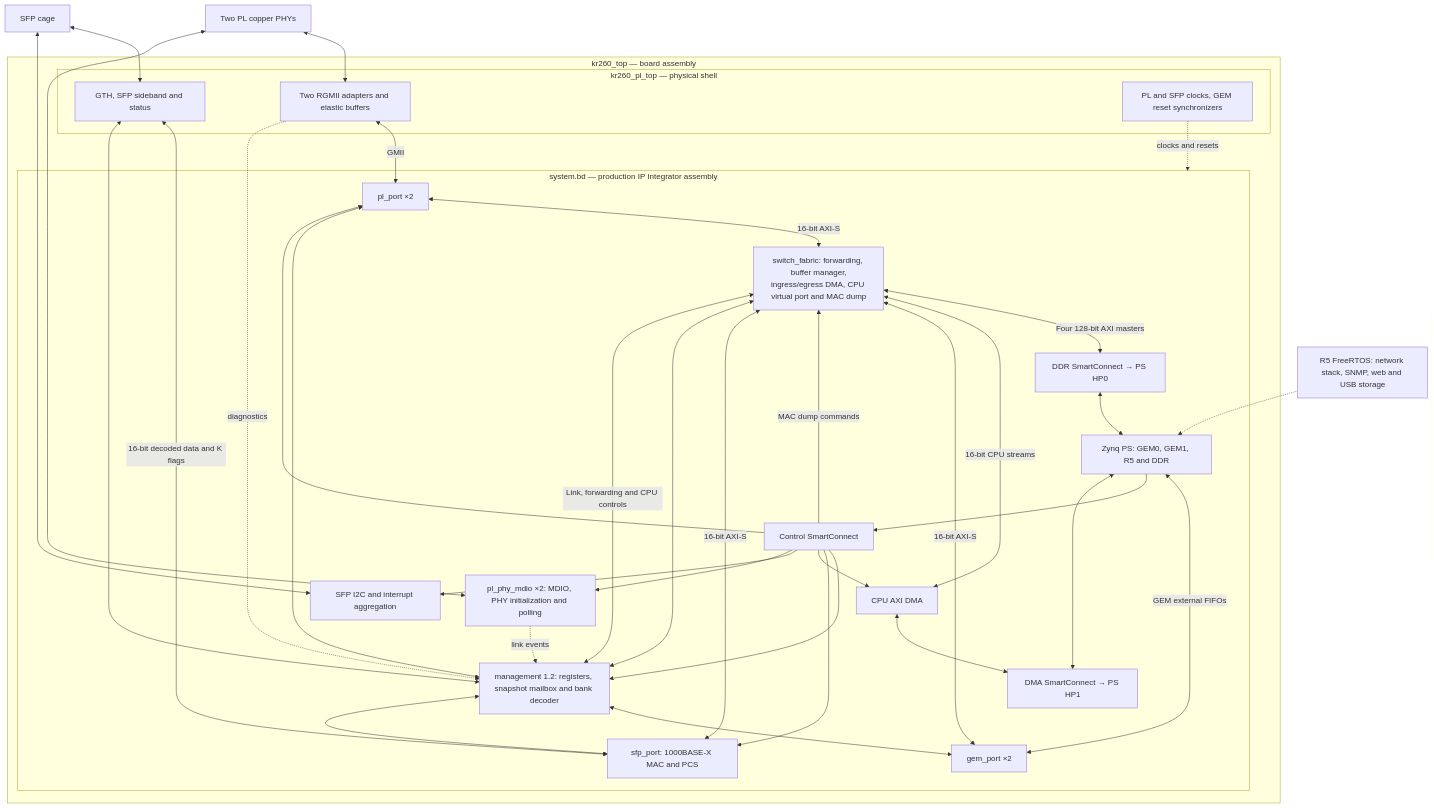
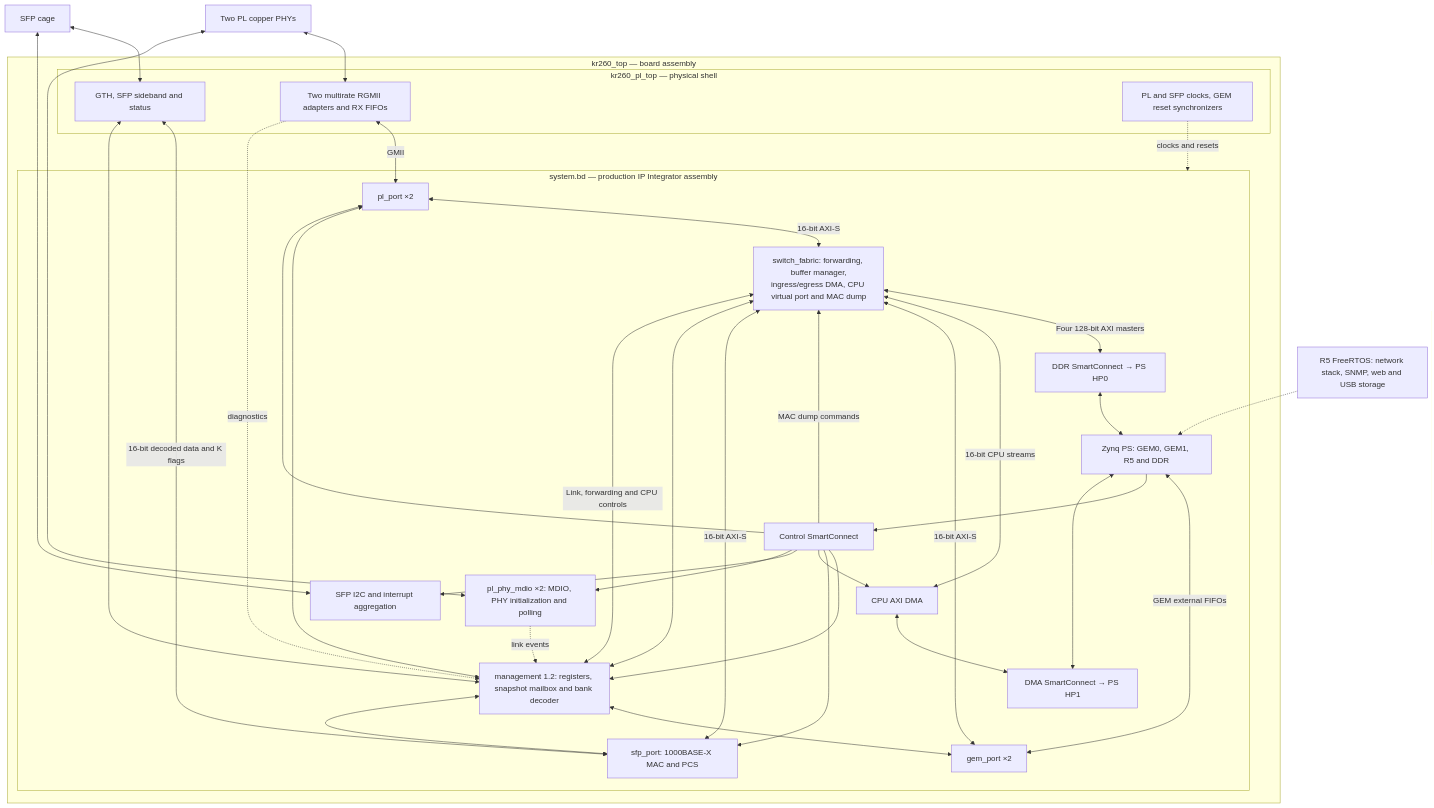
One commit to GhlHub/open_ethernet_switch changed the diagram in docs/architecture.md. Above: the diagram before and after it, drawn with Mermaid. The commit also changed other lines of this file and 52 other files, not shown here.

````diff
--- a/docs/architecture.md
+++ b/docs/architecture.md
@@ -28,57 +28,57 @@
 ```mermaid
 flowchart TB
     subgraph board[kr260_top — board assembly]
         subgraph shell[kr260_pl_top — physical shell]
-            RGMII[Two RGMII adapters and elastic buffers]
+            RGMII[Two multirate RGMII adapters and RX FIFOs]
             GT[GTH, SFP sideband and status]
             CLOCK[PL and SFP clocks, GEM reset synchronizers]
         end
         subgraph bd[system.bd — production IP Integrator assembly]
             PS[Zynq PS: GEM0, GEM1, R5 and DDR]
             GEM[gem_port ×2]
             PL[pl_port ×2]
             MDIO[pl_phy_mdio ×2: MDIO, PHY initialization and polling]
             SFP[sfp_port: 1000BASE-X MAC and PCS]
             FAB[switch_fabric: forwarding, buffer manager,<br/>ingress/egress DMA, CPU virtual port and MAC dump]
             MGMT[management 1.2: registers, snapshot mailbox and bank decoder]
             CTL[Control SmartConnect]
             HP0[DDR SmartConnect → PS HP0]
             DMA[CPU AXI DMA]
             HP1[DMA SmartConnect → PS HP1]
             IIC[SFP I2C and interrupt aggregation]
             PS <-->|GEM external FIFOs| GEM
             GEM <-->|16-bit AXI-S| FAB
             PL <-->|16-bit AXI-S| FAB
             SFP <-->|16-bit AXI-S| FAB
             FAB <-->|Four 128-bit AXI masters| HP0
             HP0 <--> PS
             FAB <-->|16-bit CPU streams| DMA
             DMA <--> HP1
             HP1 <--> PS
             PS --> CTL
             CTL -->|MAC dump commands| FAB
             CTL --> MGMT
             CTL --> PL
             CTL --> SFP
             CTL --> DMA
             CTL --> IIC
             MGMT <--> GEM
             MGMT <--> PL
             MGMT <--> SFP
             MGMT <--> FAB
             MGMT <-->|Link, forwarding and CPU controls| FAB
         end
         RGMII <-->|GMII| PL
         GT <-->|16-bit decoded data and K flags| SFP
         GT <--> MGMT
         RGMII -. diagnostics .-> MGMT
         CTL --> MDIO
         MDIO -. link events .-> MGMT
         CLOCK -. clocks and resets .-> bd
     end
     PHY[Two PL copper PHYs] <--> RGMII
     PHY <--> MDIO
     CAGE[SFP cage] <--> GT
     CAGE <--> IIC
     RTOS[R5 FreeRTOS: network stack, SNMP, web and USB storage] -.-> PS
 ```
````
